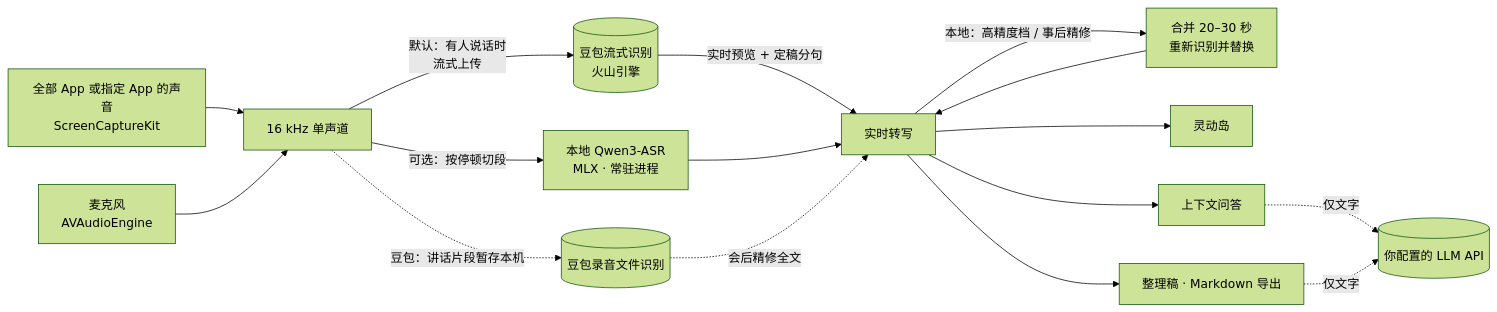
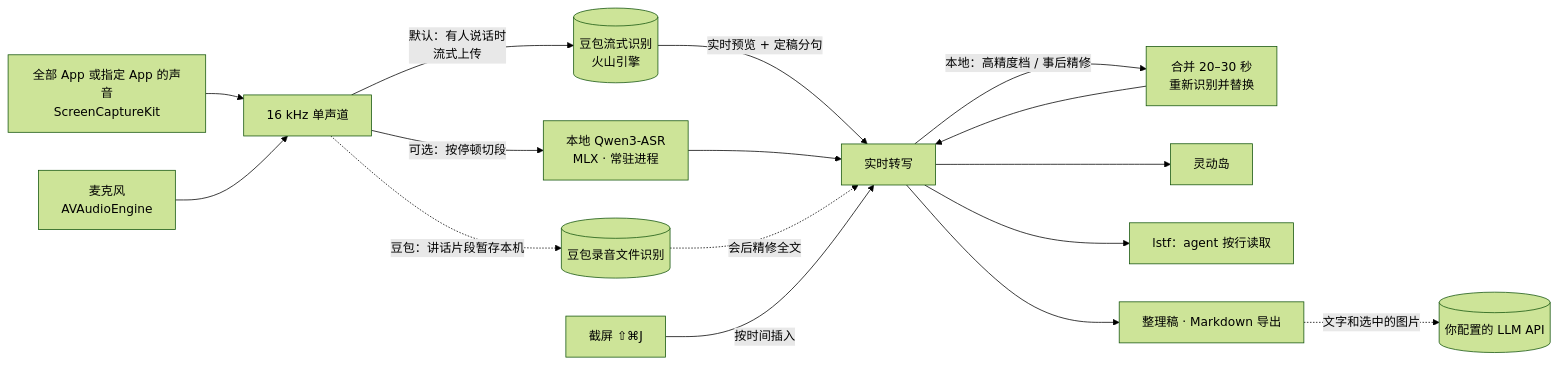
Before and after one commit to starsalwaysineyes/listenflow: the diagram in README.md, drawn with Mermaid (forest theme). The commit also changed other lines of this file and 29 other files, not shown here.

````diff
--- a/README.md
+++ b/README.md
@@ -96,18 +103,18 @@
 ```mermaid
 flowchart LR
     A["全部 App 或指定 App 的声音<br/>ScreenCaptureKit"] --> C
     B["麦克风<br/>AVAudioEngine"] --> C
     C["16 kHz 单声道"] -->|"默认：有人说话时<br/>流式上传"| V[("豆包流式识别<br/>火山引擎")]
     V -->|"实时预览 + 定稿分句"| E["实时转写"]
     C -->|"可选：按停顿切段"| D["本地 Qwen3-ASR<br/>MLX · 常驻进程"]
     D --> E
     E -->|"本地：高精度档 / 事后精修"| F["合并 20–30 秒<br/>重新识别并替换"]
     F --> E
     C -.->|"豆包：讲话片段暂存本机"| R[("豆包录音文件识别")]
     R -.->|"会后精修全文"| E
     E --> G["灵动岛"]
-    E --> H["上下文问答"]
+    S["截屏 ⇧⌘J"] -->|"按时间插入"| E
+    E --> H["lstf：agent 按行读取"]
     E --> I["整理稿 · Markdown 导出"]
-    H -.->|"仅文字"| J[("你配置的 LLM API")]
-    I -.->|"仅文字"| J
+    I -.->|"文字和选中的图片"| J[("你配置的 LLM API")]
 ```
````
